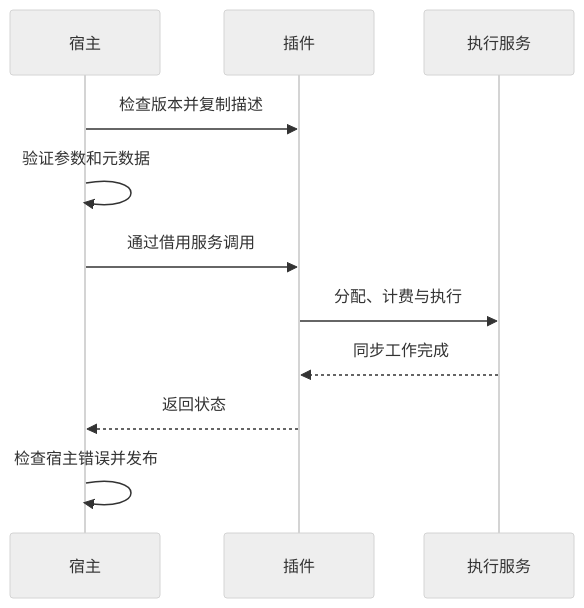
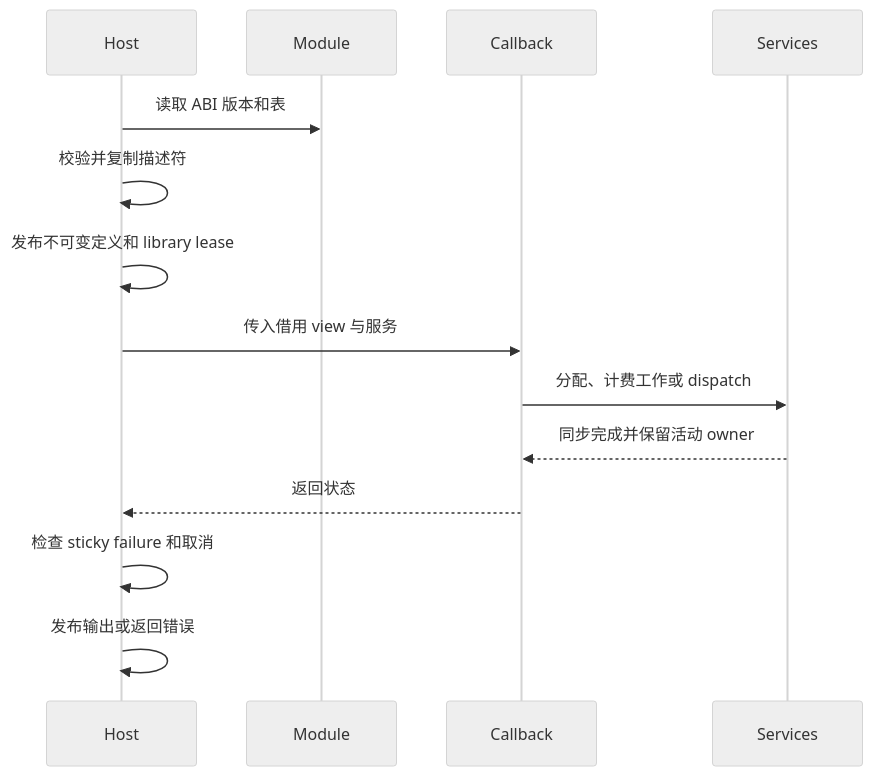
One commit to kevin-zf1123/photospider changed the diagram in docs/kernel-architecture/zh/Plugin-ABI.zh.md. Above: the diagram before and after it, drawn with Mermaid (neutral theme). The commit also changed other lines of this file and 106 other files, not shown here.

````diff
--- a/docs/kernel-architecture/zh/Plugin-ABI.zh.md
+++ b/docs/kernel-architecture/zh/Plugin-ABI.zh.md
@@ -9,13 +9,16 @@
 ```mermaid
 sequenceDiagram
-    participant Host as 宿主
-    participant Plugin as 插件
-    participant Services as 执行服务
-    Host->>Plugin: 检查版本并复制描述
-    Host->>Host: 验证参数和元数据
-    Host->>Plugin: 通过借用服务调用
-    Plugin->>Services: 分配、计费与执行
-    Services-->>Plugin: 同步工作完成
-    Plugin-->>Host: 返回状态
-    Host->>Host: 检查宿主错误并发布
+    participant Host
+    participant Module
+    participant Callback
+    participant Services
+    Host->>Module: 读取 ABI 版本和表
+    Host->>Host: 校验并复制描述符
+    Host->>Host: 发布不可变定义和 library lease
+    Host->>Callback: 传入借用 view 与服务
+    Callback->>Services: 分配、计费工作或 dispatch
+    Services-->>Callback: 同步完成并保留活动 owner
+    Callback-->>Host: 返回状态
+    Host->>Host: 检查 sticky failure 和取消
+    Host->>Host: 发布输出或返回错误
 ```
````
